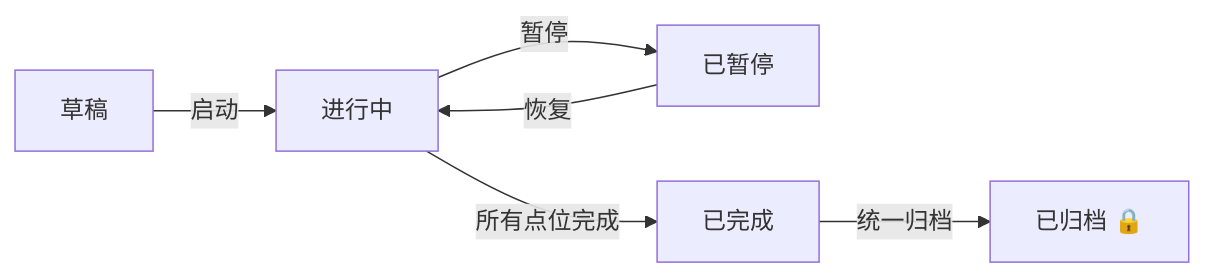
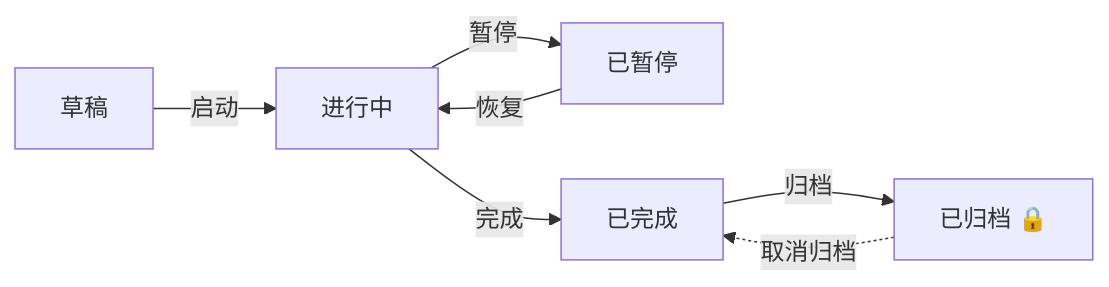
The fifth of 5 diagrams in doc/业务流程与状态变更-V2.1.md (bo961386926/Survey-App), drawn with Mermaid before and after one commit. The commit also changed other lines of this file and 19 other files, not shown here.

````diff
--- a/doc/业务流程与状态变更-V2.1.md
+++ b/doc/业务流程与状态变更-V2.1.md
@@ -185,8 +197,9 @@
 ```mermaid
 flowchart LR
     P1["草稿"] -->|启动| P2["进行中"]
     P2 -->|暂停| P3["已暂停"]
     P3 -->|恢复| P2
-    P2 -->|所有点位完成| P4["已完成"]
-    P4 -->|统一归档| P5["已归档 🔒"]
+    P2 -->|完成| P4["已完成"]
+    P4 -->|归档| P5["已归档 🔒"]
+    P5 -.->|取消归档| P4
 ```
````
